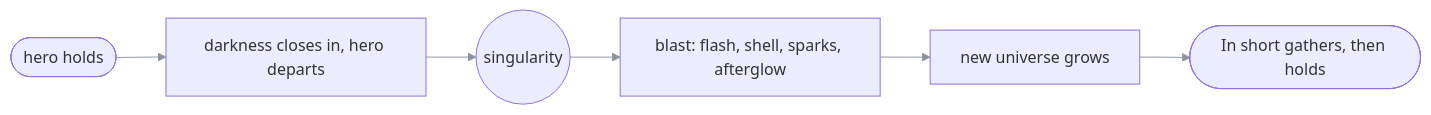
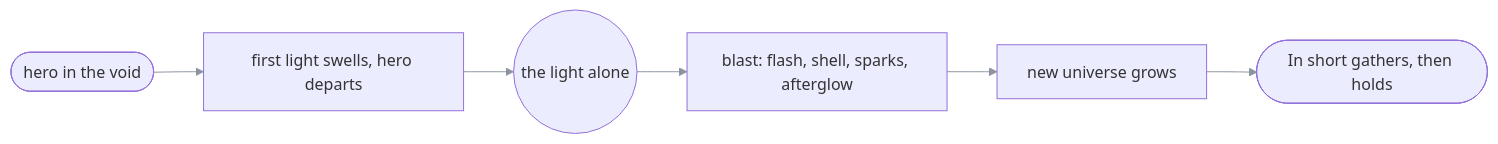
The third of 5 diagrams in README.md (EzzoHamdan/EzzoHamdan.github.io), drawn with Mermaid before and after one commit. The commit also changed other lines of this file, not shown here.

Commit message:
Document the void and the first light that replaced the closing darkness

````diff
--- a/README.md
+++ b/README.md
@@ -248,9 +248,9 @@
 ```mermaid
 %%{init: {'themeVariables': {'fontFamily': 'ui-monospace, SFMono-Regular, Menlo, monospace', 'lineColor': '#8b949e'}}}%%
 flowchart LR
-  hero([hero holds]) --> close[darkness closes in, hero departs]
-  close --> point((singularity))
+  hero([hero in the void]) --> light[first light swells, hero departs]
+  light --> point((the light alone))
   point --> blast[blast: flash, shell, sparks, afterglow]
   blast --> grow[new universe grows]
   grow --> title([In short gathers, then holds])
 ```
````
